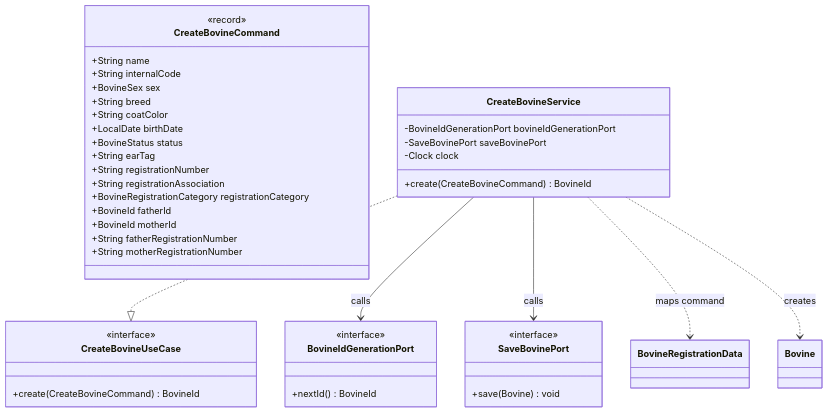
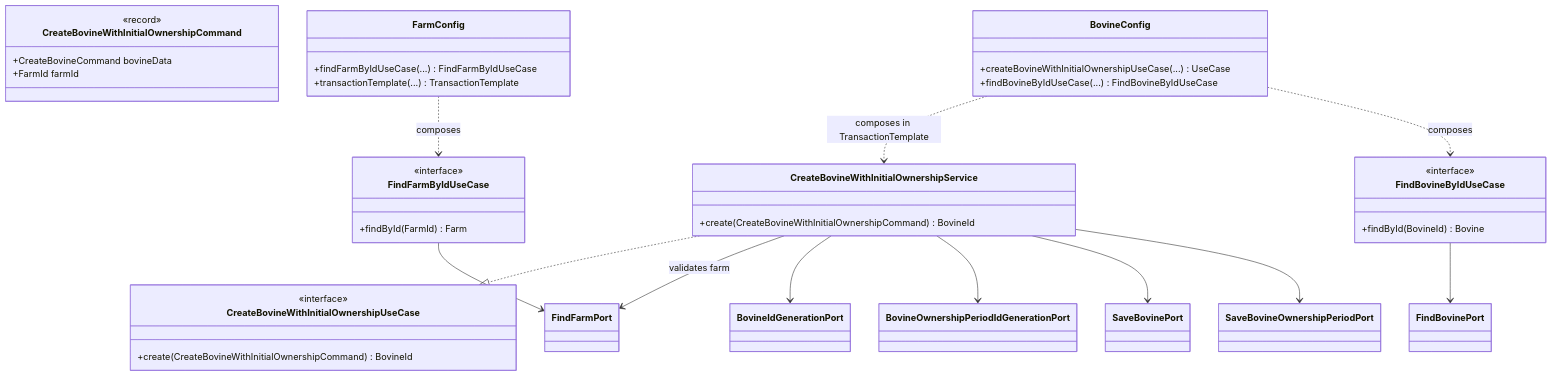
Before and after one commit to AlbertoVilar/bovigestor-backend: the fourth of 8 diagrams in docs/04-diagrams/CLASS_DIAGRAMS.md, drawn with Mermaid. The commit also changed other lines of this file and 94 other files, not shown here.

First line of the commit message:
feat: persist initial bovine custody and add lookup endpoints

````diff
--- a/docs/04-diagrams/CLASS_DIAGRAMS.md
+++ b/docs/04-diagrams/CLASS_DIAGRAMS.md
@@ -215,44 +215,42 @@
 ```mermaid
 classDiagram
-    class CreateBovineUseCase {
+    class CreateBovineWithInitialOwnershipUseCase {
         <<interface>>
-        +create(CreateBovineCommand) BovineId
+        +create(CreateBovineWithInitialOwnershipCommand) BovineId
     }
-    class CreateBovineCommand {
+    class CreateBovineWithInitialOwnershipService {
+        +create(CreateBovineWithInitialOwnershipCommand) BovineId
+    }
+    class CreateBovineWithInitialOwnershipCommand {
         <<record>>
-        +String name
-        +String internalCode
-        +BovineSex sex
-        +String breed
-        +String coatColor
-        +LocalDate birthDate
-        +BovineStatus status
-        +String earTag
-        +String registrationNumber
-        +String registrationAssociation
-        +BovineRegistrationCategory registrationCategory
-        +BovineId fatherId
-        +BovineId motherId
-        +String fatherRegistrationNumber
-        +String motherRegistrationNumber
+        +CreateBovineCommand bovineData
+        +FarmId farmId
     }
-    class CreateBovineService {
-        -BovineIdGenerationPort bovineIdGenerationPort
-        -SaveBovinePort saveBovinePort
-        -Clock clock
-        +create(CreateBovineCommand) BovineId
+    class FindBovineByIdUseCase {
+        <<interface>>
+        +findById(BovineId) Bovine
     }
-    class BovineIdGenerationPort {
+    class FindFarmByIdUseCase {
         <<interface>>
-        +nextId() BovineId
+        +findById(FarmId) Farm
     }
-    class SaveBovinePort {
-        <<interface>>
-        +save(Bovine) void
+    class BovineConfig {
+        +createBovineWithInitialOwnershipUseCase(...) UseCase
+        +findBovineByIdUseCase(...) FindBovineByIdUseCase
     }
-    CreateBovineService ..|> CreateBovineUseCase
-    CreateBovineService --> BovineIdGenerationPort : calls
-    CreateBovineService --> SaveBovinePort : calls
-    CreateBovineService ..> BovineRegistrationData : maps command
-    CreateBovineService ..> Bovine : creates
+    class FarmConfig {
+        +findFarmByIdUseCase(...) FindFarmByIdUseCase
+        +transactionTemplate(...) TransactionTemplate
+    }
+    CreateBovineWithInitialOwnershipService ..|> CreateBovineWithInitialOwnershipUseCase
+    BovineConfig ..> CreateBovineWithInitialOwnershipService : composes in TransactionTemplate
+    BovineConfig ..> FindBovineByIdUseCase : composes
+    FarmConfig ..> FindFarmByIdUseCase : composes
+    CreateBovineWithInitialOwnershipService --> FindFarmPort : validates farm
+    CreateBovineWithInitialOwnershipService --> BovineIdGenerationPort
+    CreateBovineWithInitialOwnershipService --> BovineOwnershipPeriodIdGenerationPort
+    CreateBovineWithInitialOwnershipService --> SaveBovinePort
+    CreateBovineWithInitialOwnershipService --> SaveBovineOwnershipPeriodPort
+    FindBovineByIdUseCase --> FindBovinePort
+    FindFarmByIdUseCase --> FindFarmPort
 ```
````
